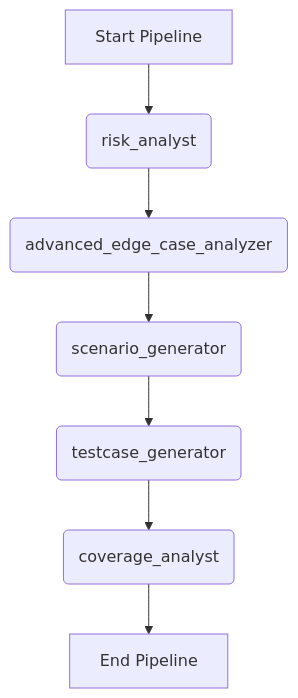
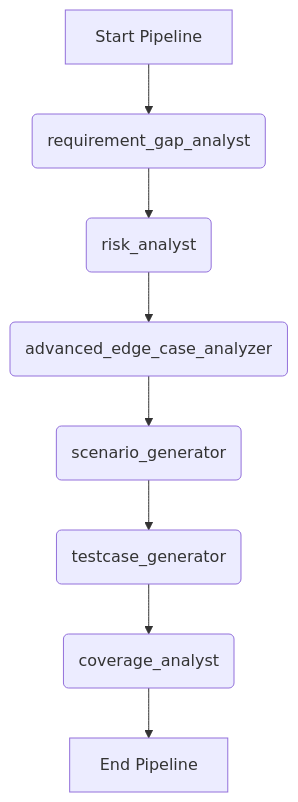
One commit to naulmai/qa-auto-kit changed the diagram in workflows/03_QA_Test_Engineering.md. Above: the diagram before and after it, drawn with Mermaid. The commit also changed other lines of this file and 8 other files, not shown here.

````diff
--- a/workflows/03_QA_Test_Engineering.md
+++ b/workflows/03_QA_Test_Engineering.md
@@ -12,9 +12,10 @@
 ```mermaid
 graph TD
-    A[Start Pipeline] --> B(risk_analyst)
+    A[Start Pipeline] --> A1(requirement_gap_analyst)
+    A1 --> B(risk_analyst)
     B --> C(advanced_edge_case_analyzer)
     C --> D(scenario_generator)
     D --> E(testcase_generator)
     E --> F(coverage_analyst)
     F --> G[End Pipeline]
 ```
````
